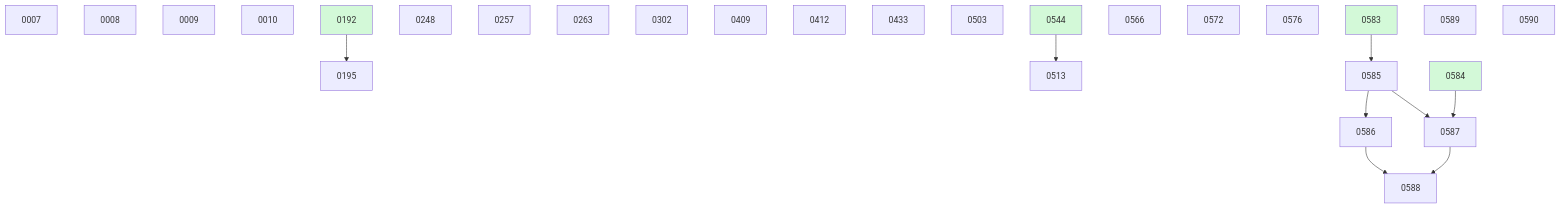
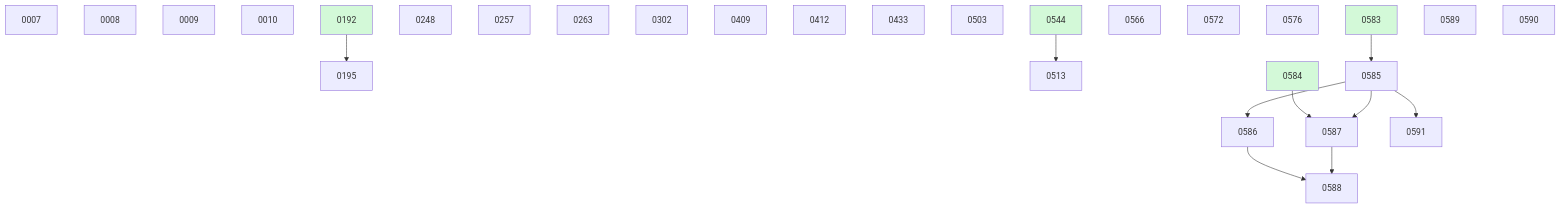
The diagram in docs/changes/BOARD.md (danielhanold/docket), drawn with Mermaid before and after one commit. The commit also changed other lines of this file and 1 other file, not shown here.

````diff
--- a/docs/changes/BOARD.md
+++ b/docs/changes/BOARD.md
@@ -38,33 +39,34 @@
 ```mermaid
 graph TD
   0007
   0008
   0009
   0010
   0192 --> 0195
   0248
   0257
   0263
   0302
   0409
   0412
   0433
   0503
   0544 --> 0513
   0566
   0572
   0576
   0583 --> 0585
   0585 --> 0586
   0584 --> 0587
   0585 --> 0587
   0586 --> 0588
   0587 --> 0588
   0589
   0590
+  0585 --> 0591
   0192:::done
   0544:::done
   0583:::done
   0584:::done
   classDef done fill:#d3f9d8;
 ```
````
